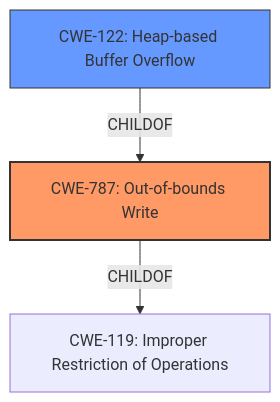
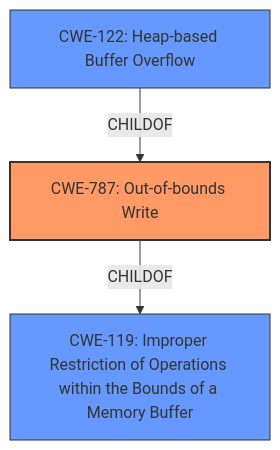
Before and after one commit to CyberSecAI/cwe_agent_assign_reports_2023: the diagram in CVE-2021-30632/CVE-2021-30632_analysis.md, drawn with Mermaid. The commit also changed other lines of this file and 902 other files, not shown here.

````diff
--- a/CVE-2021-30632/CVE-2021-30632_analysis.md
+++ b/CVE-2021-30632/CVE-2021-30632_analysis.md
@@ -17,15 +18,15 @@
 ```mermaid
 graph TD
     cwe787["CWE-787: Out-of-bounds Write"]
-    cwe119["CWE-119: Improper Restriction of Operations"]
+    cwe119["CWE-119: Improper Restriction of Operations within the Bounds of a Memory Buffer"]
     cwe122["CWE-122: Heap-based Buffer Overflow"]
     
     cwe787 -->|CHILDOF| cwe119
     cwe122 -->|CHILDOF| cwe787
     
     classDef primary fill:#f96,stroke:#333,stroke-width:2px
     classDef secondary fill:#69f,stroke:#333
-    
+    classDef tertiary fill:#9e9,stroke:#333
     class cwe787 primary
-    class cwe122 secondary
+    class cwe119,cwe122 secondary
 ```
````
